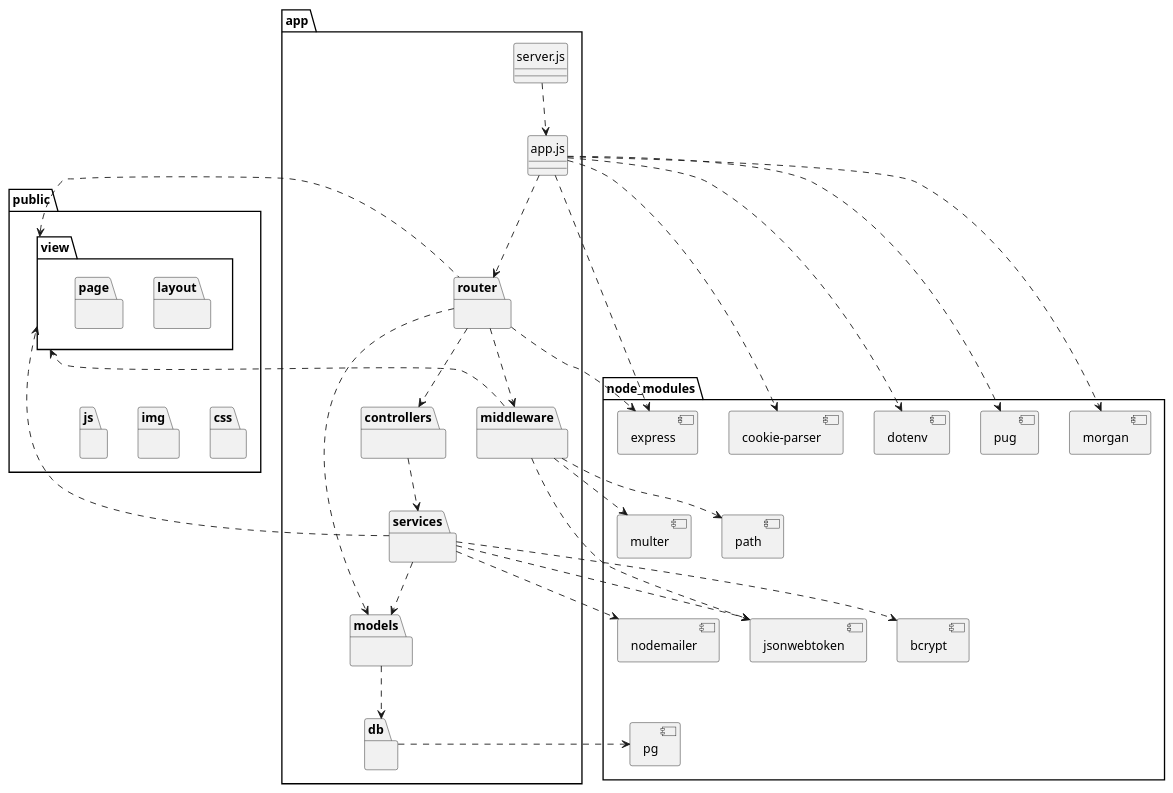
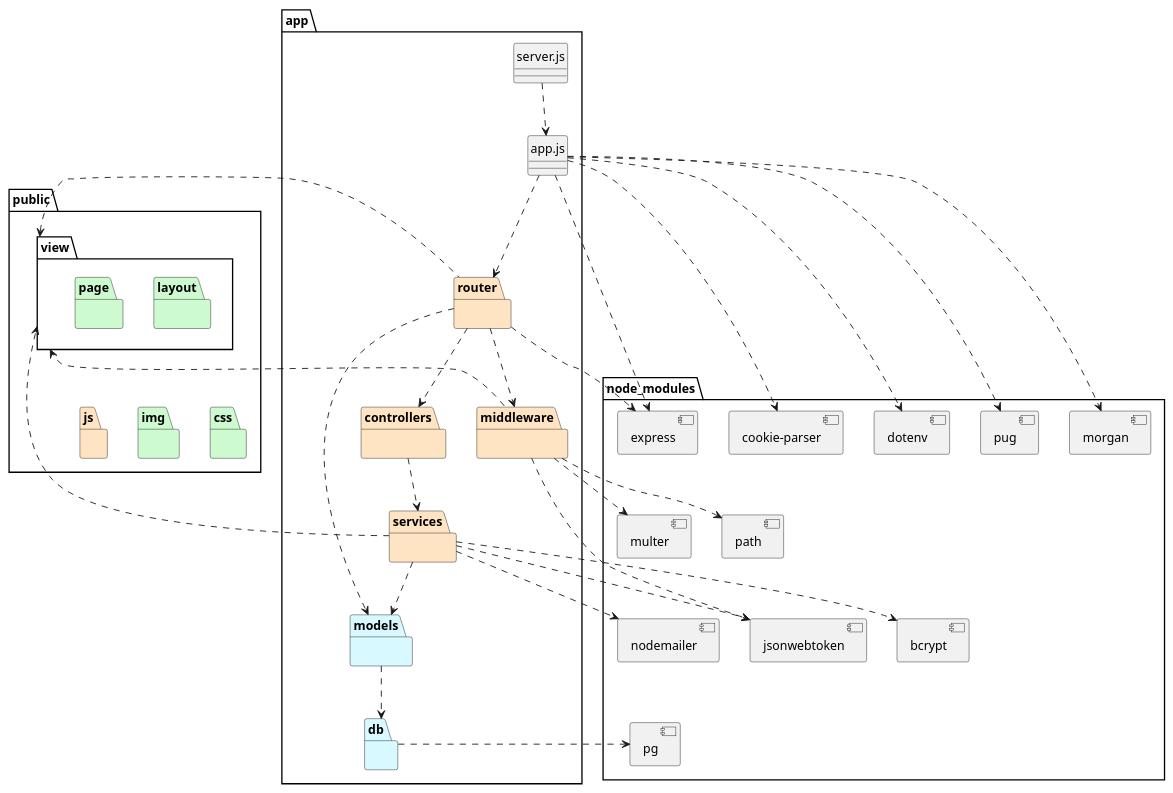
The diagram in logicalView/designView/express/architectureDesign/designPackageDiagram.plantuml (mpaulaherrero/tesis-frameworks-backend-diagrams), drawn with PlantUML before and after one commit. The commit also changed 5 other files, not shown here.

Commit message:
colores y diagrama de caso de uso separado por usuario

```diff
--- a/logicalView/designView/express/architectureDesign/designPackageDiagram.plantuml
+++ b/logicalView/designView/express/architectureDesign/designPackageDiagram.plantuml
@@ -1,90 +1,90 @@
 @startuml
 skinparam style strictuml
 allow_mixing
 
 package app {
     class "server.js" as serverJS
     class "app.js" as appJS
-    package router {}
-    package middleware{}
-    package controllers{}
-    package models{}
-    package services{}
-    package db{}
+    package router #bisque {}
+    package middleware #bisque {}
+    package controllers #bisque {}
+    package models #d8f9ff {}
+    package services #bisque {}
+    package db #d8f9ff {}
 }
 
 package public{
-    package css{}
-    package img{}
-    package js{}
+    package css #cefad0 {}
+    package img #cefad0 {}
+    package js #bisque {}
     package view{
-        package layout{}
-        package page{}
+        package layout #cefad0 {}
+        package page #cefad0 {}
     }
 }
 
 package node_modules{
     component express
     component multer
     component path
     component nodemailer
     component jsonwebtoken
     component bcrypt
     component morgan
     component [cookie-parser] as cookieParser
     component pg
     component dotenv
     component pug
 }
 
 serverJS .d.> appJS
 
 appJS .d.> router
 appJS .[hidden].> db
 appJS ..> morgan
 appJS ..> cookieParser
 appJS ..> express
 appJS ..> dotenv
 appJS ..> pug
 appJS .[hidden]left.> public.view
 
 router .left.> public.view
 router ..> express
 router ..> middleware
 router ..> controllers
 router ..> models
 
 middleware ..> multer
 middleware ..> path
 middleware ..> jsonwebtoken
 middleware .left.> public.view
 
 controllers ..> services
 
 services ..> models
 services ..> nodemailer
 services ..> jsonwebtoken
 services ..> bcrypt
 services ..> view
 
 models ..> db
 db .right.> pg
 
 view .[hidden]down.> css
 css .[hidden]left.> img
 img .[hidden]left.> js
 
 express .[hidden]left.> morgan
 morgan .[hidden]left.> cookieParser
 cookieParser .[hidden]left.> dotenv
 dotenv .[hidden]left.> pug
 
 express .[hidden]down.> path
 multer .[hidden]left.> path
 
 multer .[hidden]down.> bcrypt
 bcrypt .[hidden]left.> nodemailer
 nodemailer .[hidden]left.> jsonwebtoken
 
 nodemailer .[hidden]down.> pg
 @enduml
```
